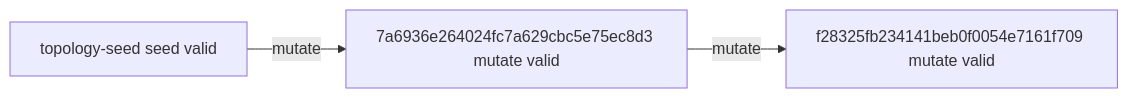
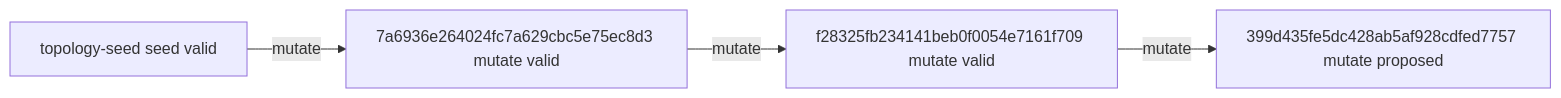
Before and after one commit to timbtz/feyer-search-lab: the diagram in experiments/campaigns/layout-numerical-v2/README.md, drawn with Mermaid. The commit also changed other lines of this file and 7 other files, not shown here.

````diff
--- a/experiments/campaigns/layout-numerical-v2/README.md
+++ b/experiments/campaigns/layout-numerical-v2/README.md
@@ -21,8 +21,10 @@
 ```mermaid
 graph LR
   n0["topology-seed seed valid"]
   n1["7a6936e264024fc7a629cbc5e75ec8d3 mutate valid"]
   n2["f28325fb234141beb0f0054e7161f709 mutate valid"]
+  n3["399d435fe5dc428ab5af928cdfed7757 mutate proposed"]
   n0 -->|mutate| n1
   n1 -->|mutate| n2
+  n2 -->|mutate| n3
 ```
````
